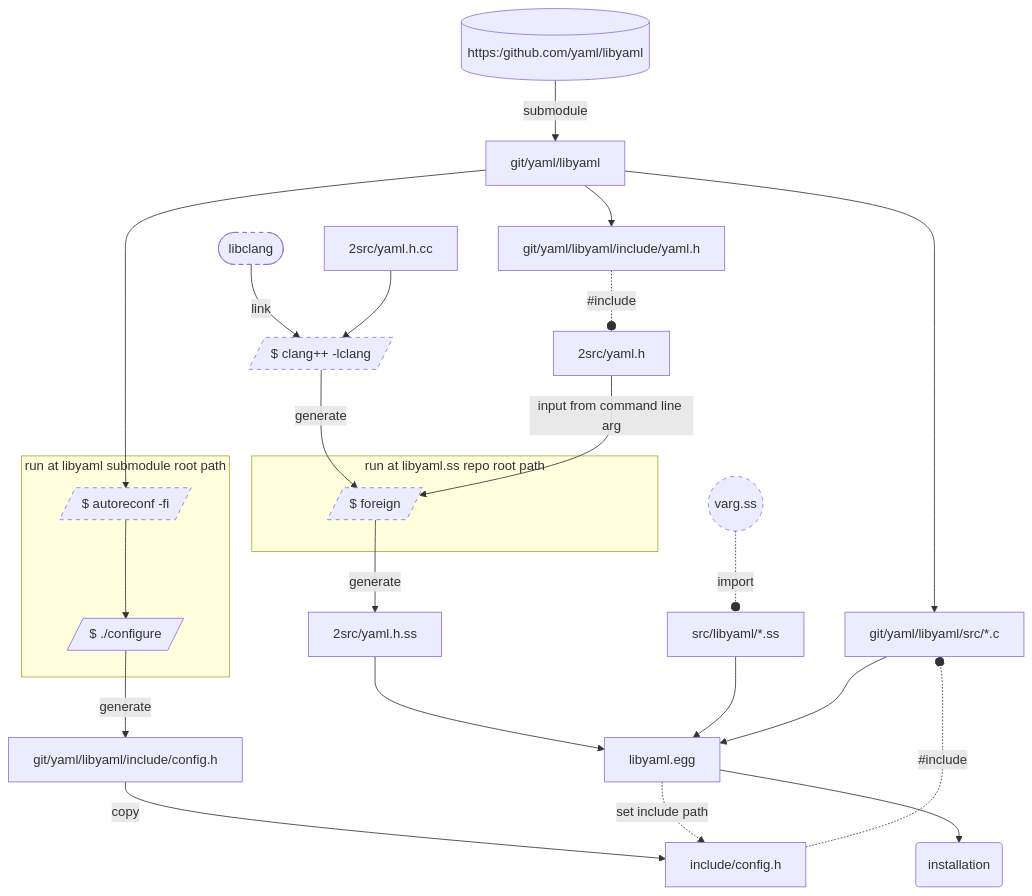
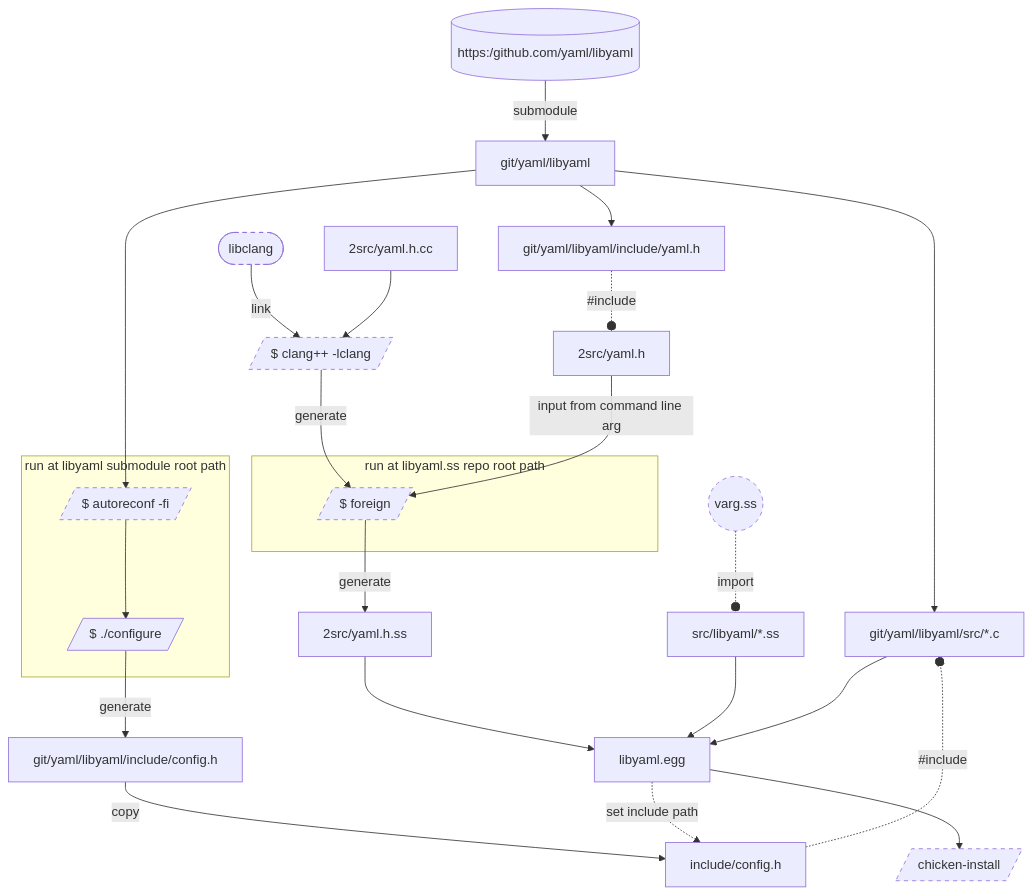
One commit to riku-ri/libyaml.ss changed the diagram in docs/dev.md. Above: the diagram before and after it, drawn with Mermaid.

````diff
--- a/docs/dev.md
+++ b/docs/dev.md
@@ -5,54 +5,54 @@
 ```mermaid
 flowchart
 
 yaml/libyaml[(https:/github.com/yaml/libyaml)]
 --submodule--> git/yaml/libyaml --> git/yaml/libyaml/src/*.c
 
 libclang([libclang])
 --link--> clang++[/clang++ -lclang/]
 style libclang stroke-dasharray: 5 5
 2src/yaml.h.cc
 --> clang++[/clang++ -lclang/]
 style clang++ stroke-dasharray: 5 5
 clang++[/$ clang++ -lclang/]
 --generate --> foreign[/$ foreign/]
 style foreign stroke-dasharray: 5 5
 
 git/yaml/libyaml
 --> git/yaml/libyaml/include/yaml.h
 -. #include .-o 2src/yaml.h
 --input from command line arg-->foreign
 
 subgraph "run at libyaml.ss repo root path"
 foreign
 end
 
 foreign
 --generate--> 2src/yaml.h.ss
 
 2src/yaml.h.ss
 --> libyaml.egg
 style varg.ss stroke-dasharray: 5 5
 varg.ss((varg.ss))
 -. import .-o src/libyaml/*.ss
 --> libyaml.egg
 
 git/yaml/libyaml
 --> autoreconf[/$ autoreconf -fi/]
 style autoreconf stroke-dasharray: 5 5
 subgraph "run at libyaml submodule root path"
 autoreconf --> configure[/$ ./configure/]
 end
 
 configure
 --generate--> git/yaml/libyaml/include/config.h
 --copy--> include/config.h
 -. #include .-o git/yaml/libyaml/src/*.c
 --> libyaml.egg
 
 libyaml.egg -. set include path .-> include/config.h
 
-END(installation)
 libyaml.egg
---> END
+--> chicken-install[/chicken-install/]
+style chicken-install stroke-dasharray: 5 5
 ```
````
